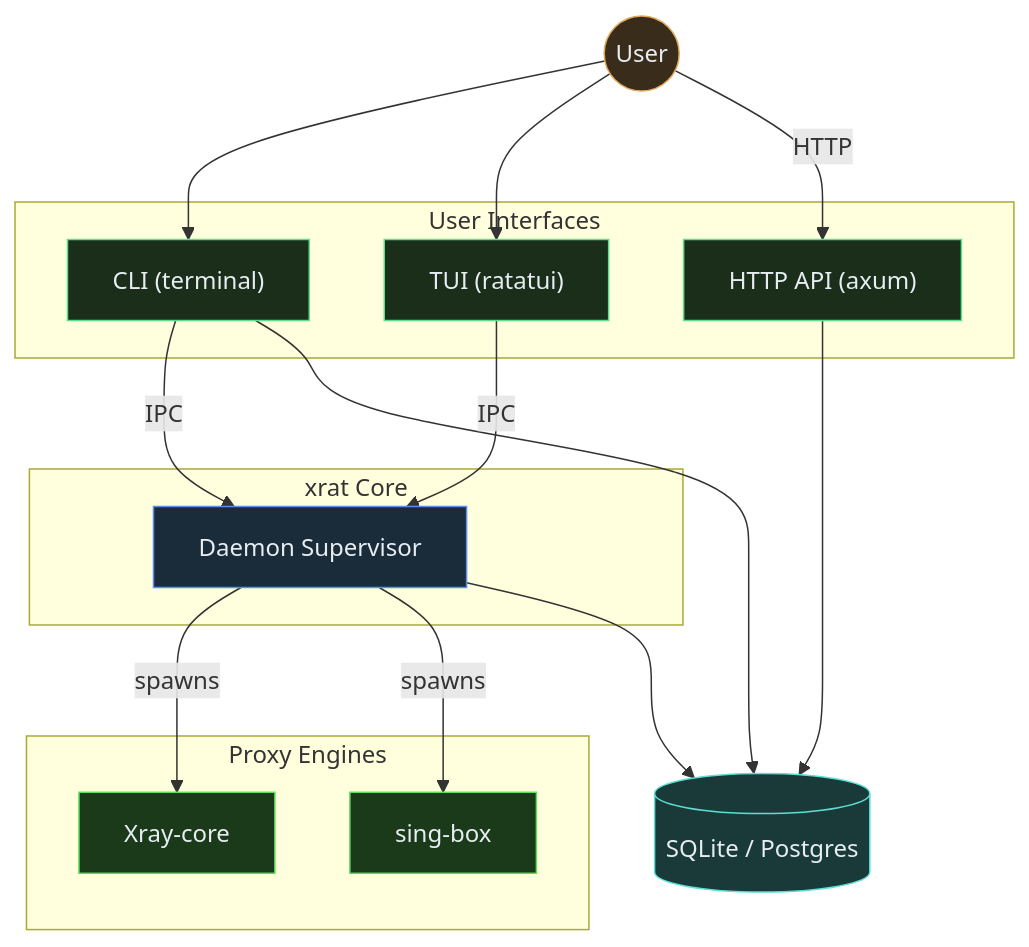
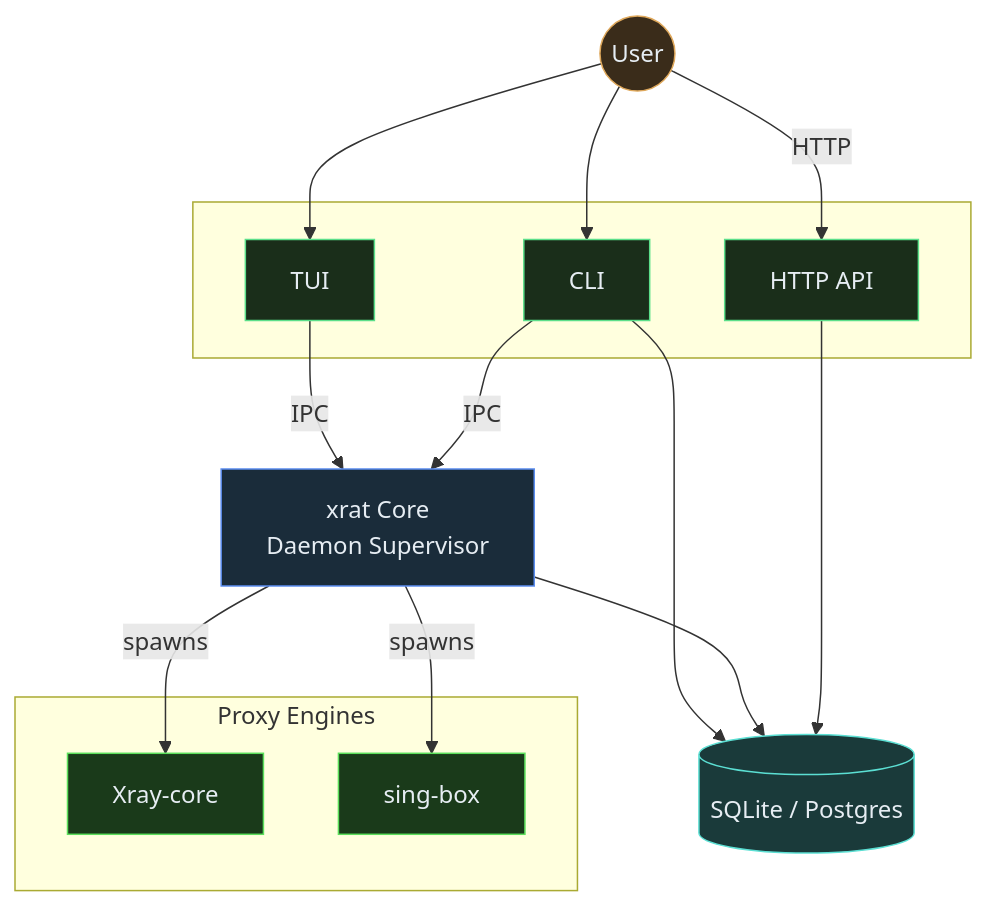
Before and after one commit to mhyrzt/xrat: the diagram in docs/src/06-architecture/README.md, drawn with Mermaid. The commit also changed 6 other files, not shown here.

Commit message:
docs(architecture): clean up diagrams

````diff
--- a/docs/src/06-architecture/README.md
+++ b/docs/src/06-architecture/README.md
@@ -8,41 +8,38 @@
 ```mermaid
 graph TB
     classDef user   fill:#3a2c1a,stroke:#dfa85b,color:#e6edf3
     classDef iface  fill:#1a2e1a,stroke:#5bdf8a,color:#e6edf3
     classDef core   fill:#1a2c3a,stroke:#5b8def,color:#e6edf3
     classDef engine fill:#1a3a1a,stroke:#5bdf5b,color:#e6edf3
     classDef store  fill:#1a3a3a,stroke:#5bdfd3,color:#e6edf3
-
     User(("User")):::user
 
-    subgraph interfaces["User Interfaces"]
-        CLI["CLI  (terminal)"]:::iface
-        TUI["TUI  (ratatui)"]:::iface
-        API["HTTP API  (axum)"]:::iface
+    subgraph interfaces[" "]
+        TUI["TUI"]:::iface
+        CLI["CLI"]:::iface
+        API["HTTP API"]:::iface
     end
 
-    subgraph xrat_core["xrat Core"]
-        Daemon["Daemon Supervisor"]:::core
-    end
+    Daemon["xrat Core<br/>Daemon Supervisor"]:::core
 
     subgraph engines["Proxy Engines"]
         Xray["Xray-core"]:::engine
         SingBox["sing-box"]:::engine
     end
 
     DB[("SQLite / Postgres")]:::store
 
+    User -- "HTTP" --> API
+    User --> TUI
     User --> CLI
-    User --> TUI
-    User -- "HTTP" --> API
 
+    TUI -- "IPC" --> Daemon
     CLI -- "IPC" --> Daemon
-    TUI -- "IPC" --> Daemon
 
     Daemon -- "spawns" --> Xray
     Daemon -- "spawns" --> SingBox
 
     CLI --> DB
     Daemon --> DB
     API --> DB
 ```
````
